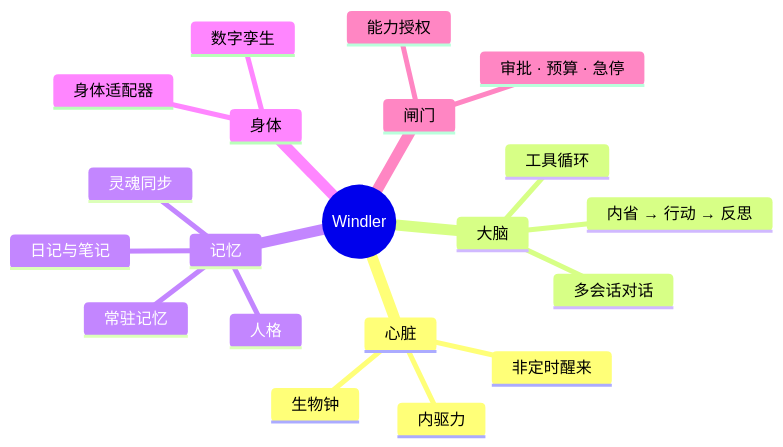
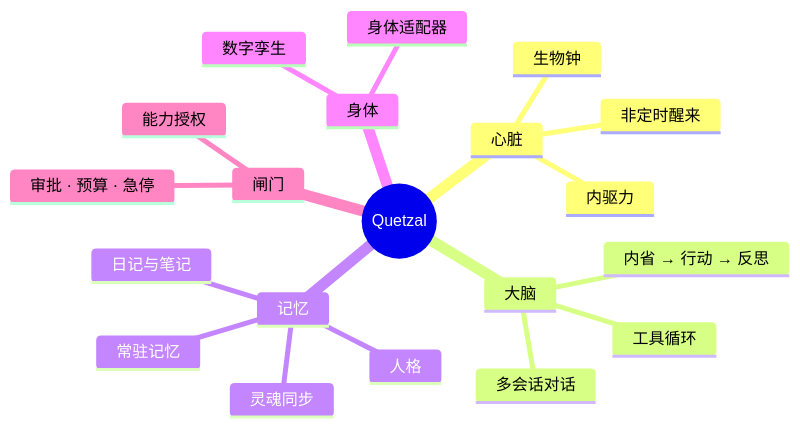
One commit to Causally-XYZ/Project.Quetzal changed the diagram in website/content/docs/zh/start/introduction.md. Above: the diagram before and after it, drawn with Mermaid. The commit also changed other lines of this file and 150 other files, not shown here.

First line of the commit message:
更名为 Quetzal：运行基座、控制台、npm 包、官网、文档全部由 Windler 改名

````diff
--- a/website/content/docs/zh/start/introduction.md
+++ b/website/content/docs/zh/start/introduction.md
@@ -12,23 +12,23 @@
 ```mermaid
 mindmap
-  root((Windler))
+  root((Quetzal))
     心脏
       内驱力
       生物钟
       非定时醒来
     大脑
       内省 → 行动 → 反思
       工具循环
       多会话对话
     记忆
       人格
       常驻记忆
       日记与笔记
       灵魂同步
     身体
       数字孪生
       身体适配器
     闸门
       能力授权
       审批 · 预算 · 急停
 ```
````
